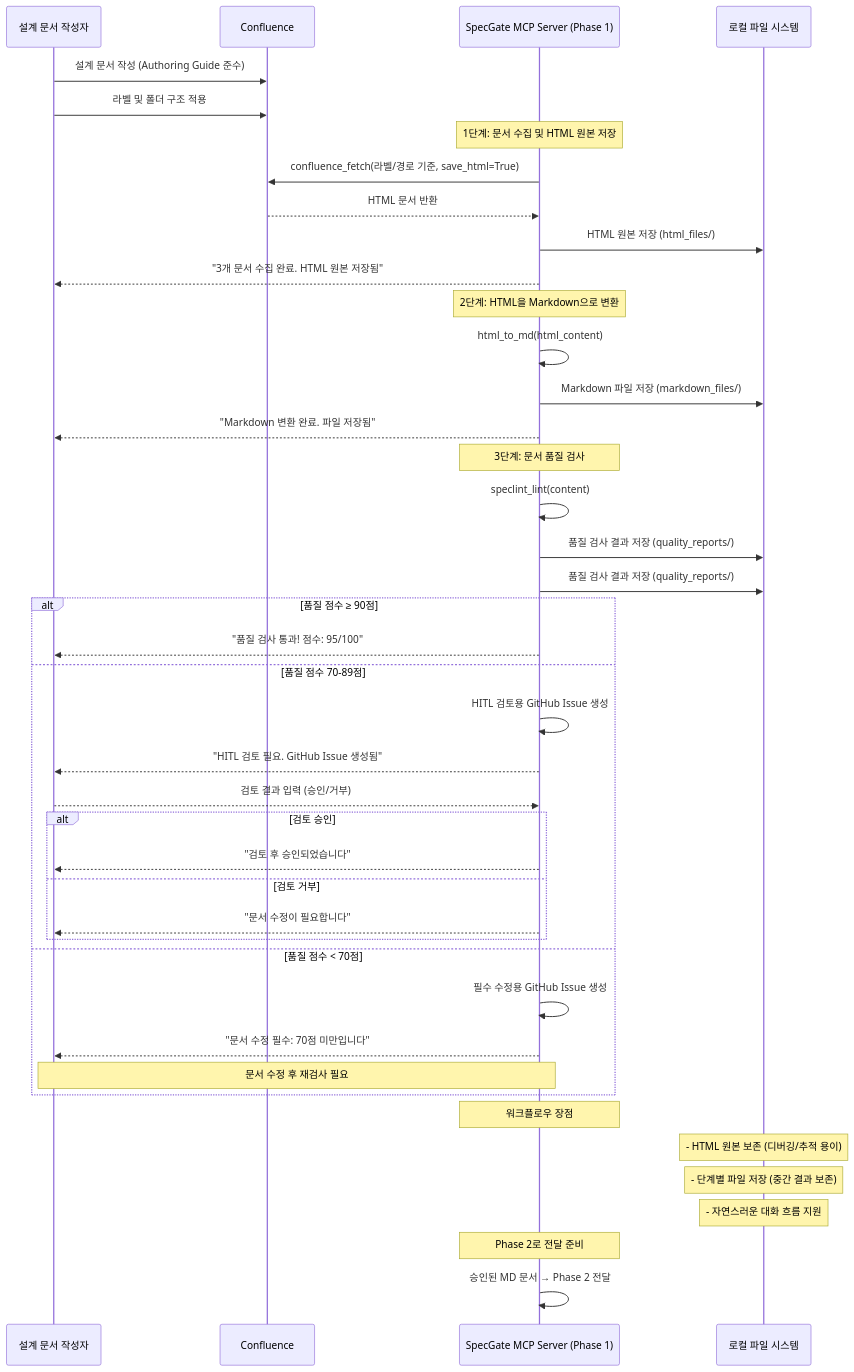
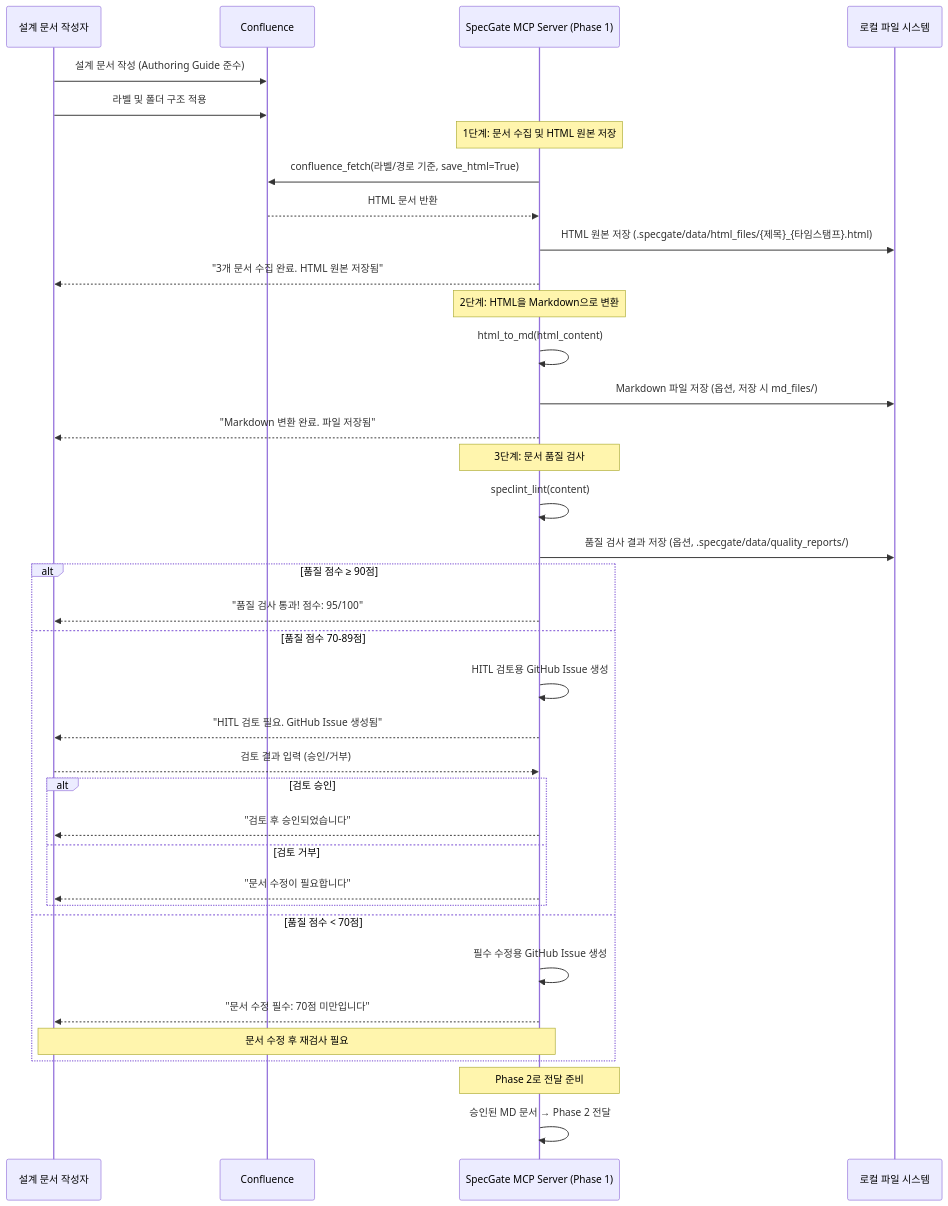
Before and after one commit to younyoungieo/SpecGate: the diagram in documentation/architecture/Phase1_SpecGate_Input_Standardization.md, drawn with Mermaid. The commit also changed other lines of this file and 106 other files, not shown here.

````diff
--- a/documentation/architecture/Phase1_SpecGate_Input_Standardization.md
+++ b/documentation/architecture/Phase1_SpecGate_Input_Standardization.md
@@ -44,51 +44,46 @@
 ```mermaid
 sequenceDiagram
     participant Author as 설계 문서 작성자
     participant Confluence as Confluence
     participant SpecGate as SpecGate MCP Server (Phase 1)
     participant FileSystem as 로컬 파일 시스템
 
     Author->>Confluence: 설계 문서 작성 (Authoring Guide 준수)
     Author->>Confluence: 라벨 및 폴더 구조 적용
     
     Note over SpecGate: 1단계: 문서 수집 및 HTML 원본 저장
     SpecGate->>Confluence: confluence_fetch(라벨/경로 기준, save_html=True)
     Confluence-->>SpecGate: HTML 문서 반환
-    SpecGate->>FileSystem: HTML 원본 저장 (html_files/)
+    SpecGate->>FileSystem: HTML 원본 저장 (.specgate/data/html_files/{제목}_{타임스탬프}.html)
     SpecGate-->>Author: "3개 문서 수집 완료. HTML 원본 저장됨"
     
     Note over SpecGate: 2단계: HTML을 Markdown으로 변환
     SpecGate->>SpecGate: html_to_md(html_content)
-    SpecGate->>FileSystem: Markdown 파일 저장 (markdown_files/)
+    SpecGate->>FileSystem: Markdown 파일 저장 (옵션, 저장 시 md_files/)
     SpecGate-->>Author: "Markdown 변환 완료. 파일 저장됨"
     
     Note over SpecGate: 3단계: 문서 품질 검사
     SpecGate->>SpecGate: speclint_lint(content)
-    SpecGate->>FileSystem: 품질 검사 결과 저장 (quality_reports/)
-    SpecGate->>FileSystem: 품질 검사 결과 저장 (quality_reports/)
+    SpecGate->>FileSystem: 품질 검사 결과 저장 (옵션, .specgate/data/quality_reports/)
     
     alt 품질 점수 ≥ 90점
         SpecGate-->>Author: "품질 검사 통과! 점수: 95/100"
     else 품질 점수 70-89점
         SpecGate->>SpecGate: HITL 검토용 GitHub Issue 생성
         SpecGate-->>Author: "HITL 검토 필요. GitHub Issue 생성됨"
         Author-->>SpecGate: 검토 결과 입력 (승인/거부)
         alt 검토 승인
             SpecGate-->>Author: "검토 후 승인되었습니다"
         else 검토 거부
             SpecGate-->>Author: "문서 수정이 필요합니다"
         end
     else 품질 점수 < 70점
         SpecGate->>SpecGate: 필수 수정용 GitHub Issue 생성
         SpecGate-->>Author: "문서 수정 필수: 70점 미만입니다"
         Note over Author,SpecGate: 문서 수정 후 재검사 필요
     end
-    
-    Note over SpecGate: 워크플로우 장점
-    Note over FileSystem: - HTML 원본 보존 (디버깅/추적 용이)
-    Note over FileSystem: - 단계별 파일 저장 (중간 결과 보존)
-    Note over FileSystem: - 자연스러운 대화 흐름 지원
+
     
     Note over SpecGate: Phase 2로 전달 준비
     SpecGate->>SpecGate: 승인된 MD 문서 → Phase 2 전달
 ```
````
